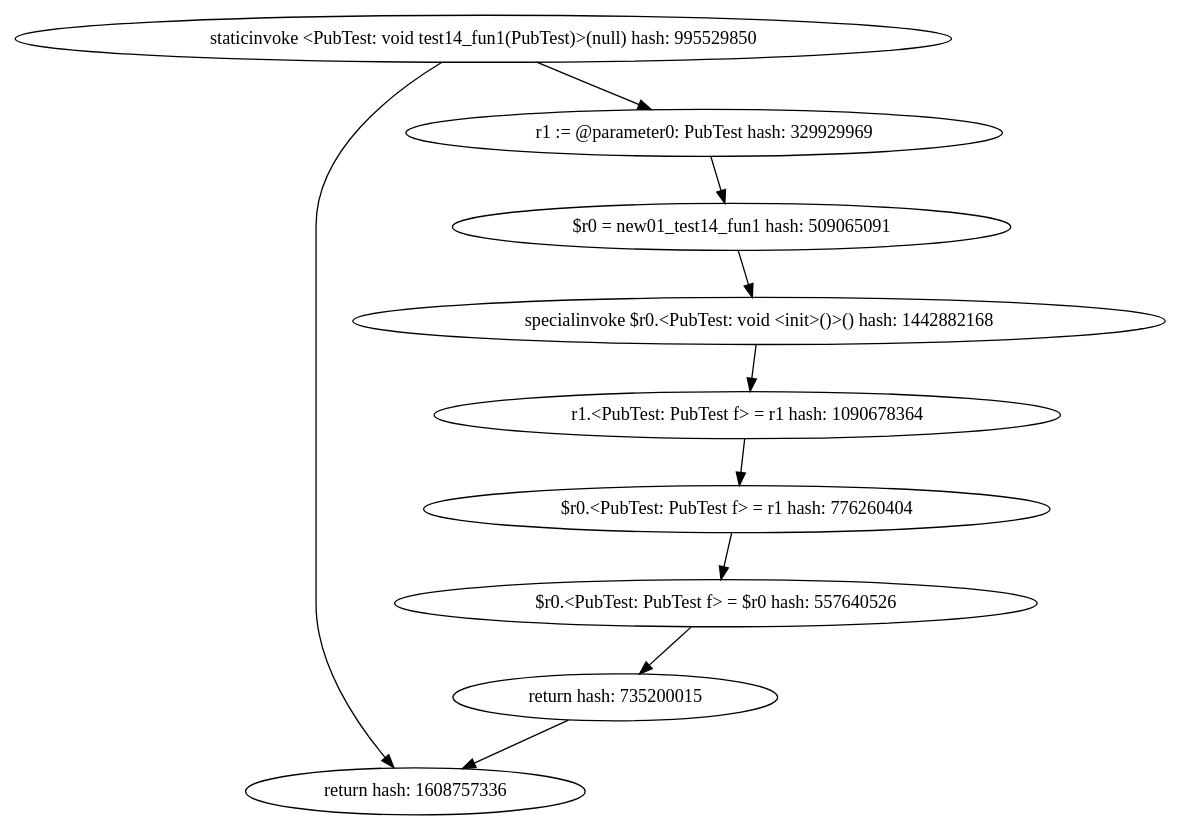
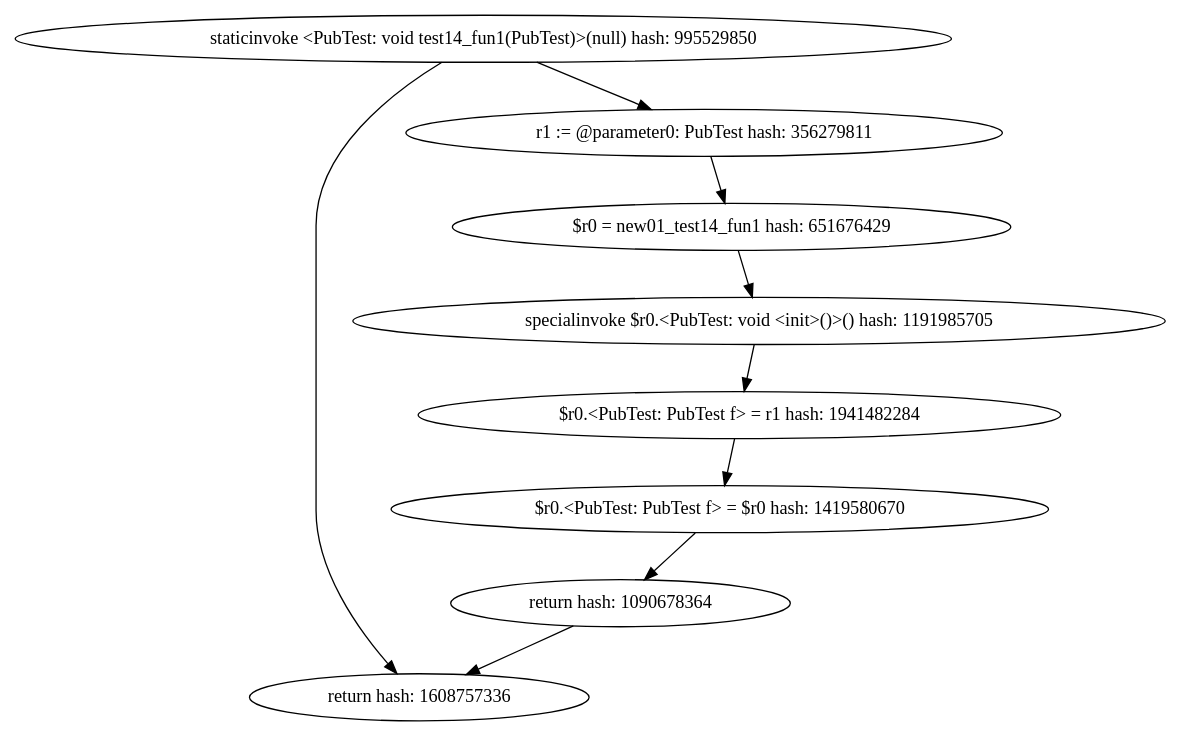
Before and after one commit to khushit-shah/PointsToAnalysisJava: the diagram in target1-pub/PubTest.test14.intra.debug.dot, drawn with Graphviz. The commit also changed 134 other files, not shown here.

```diff
--- a/target1-pub/PubTest.test14.intra.debug.dot
+++ b/target1-pub/PubTest.test14.intra.debug.dot
@@ -1,20 +1,18 @@
 digraph "./target1-pub/PubTest.test14.intra.debug" {
     "staticinvoke <PubTest: void test14_fun1(PubTest)>(null) hash: 995529850";
     "return hash: 1608757336";
-    "r1 := @parameter0: PubTest hash: 329929969";
-    "$r0 = new01_test14_fun1 hash: 509065091";
-    "specialinvoke $r0.<PubTest: void <init>()>() hash: 1442882168";
-    "r1.<PubTest: PubTest f> = r1 hash: 1090678364";
-    "$r0.<PubTest: PubTest f> = r1 hash: 776260404";
-    "$r0.<PubTest: PubTest f> = $r0 hash: 557640526";
-    "return hash: 735200015";
-    "staticinvoke <PubTest: void test14_fun1(PubTest)>(null) hash: 995529850"->"r1 := @parameter0: PubTest hash: 329929969";
+    "r1 := @parameter0: PubTest hash: 356279811";
+    "$r0 = new01_test14_fun1 hash: 651676429";
+    "specialinvoke $r0.<PubTest: void <init>()>() hash: 1191985705";
+    "$r0.<PubTest: PubTest f> = r1 hash: 1941482284";
+    "$r0.<PubTest: PubTest f> = $r0 hash: 1419580670";
+    "return hash: 1090678364";
+    "staticinvoke <PubTest: void test14_fun1(PubTest)>(null) hash: 995529850"->"r1 := @parameter0: PubTest hash: 356279811";
     "staticinvoke <PubTest: void test14_fun1(PubTest)>(null) hash: 995529850"->"return hash: 1608757336";
-    "r1 := @parameter0: PubTest hash: 329929969"->"$r0 = new01_test14_fun1 hash: 509065091";
-    "$r0 = new01_test14_fun1 hash: 509065091"->"specialinvoke $r0.<PubTest: void <init>()>() hash: 1442882168";
-    "specialinvoke $r0.<PubTest: void <init>()>() hash: 1442882168"->"r1.<PubTest: PubTest f> = r1 hash: 1090678364";
-    "r1.<PubTest: PubTest f> = r1 hash: 1090678364"->"$r0.<PubTest: PubTest f> = r1 hash: 776260404";
-    "$r0.<PubTest: PubTest f> = r1 hash: 776260404"->"$r0.<PubTest: PubTest f> = $r0 hash: 557640526";
-    "$r0.<PubTest: PubTest f> = $r0 hash: 557640526"->"return hash: 735200015";
-    "return hash: 735200015"->"return hash: 1608757336";
+    "r1 := @parameter0: PubTest hash: 356279811"->"$r0 = new01_test14_fun1 hash: 651676429";
+    "$r0 = new01_test14_fun1 hash: 651676429"->"specialinvoke $r0.<PubTest: void <init>()>() hash: 1191985705";
+    "specialinvoke $r0.<PubTest: void <init>()>() hash: 1191985705"->"$r0.<PubTest: PubTest f> = r1 hash: 1941482284";
+    "$r0.<PubTest: PubTest f> = r1 hash: 1941482284"->"$r0.<PubTest: PubTest f> = $r0 hash: 1419580670";
+    "$r0.<PubTest: PubTest f> = $r0 hash: 1419580670"->"return hash: 1090678364";
+    "return hash: 1090678364"->"return hash: 1608757336";
 }
```
